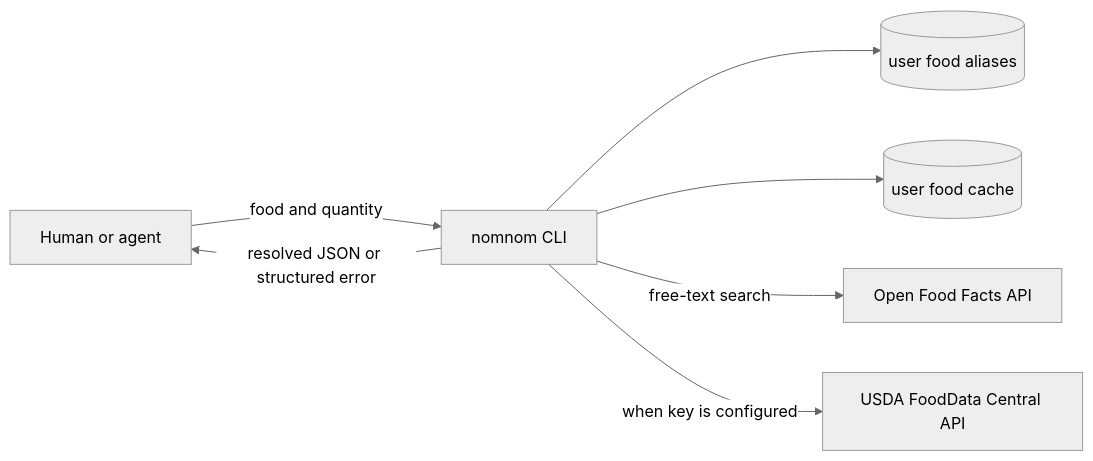
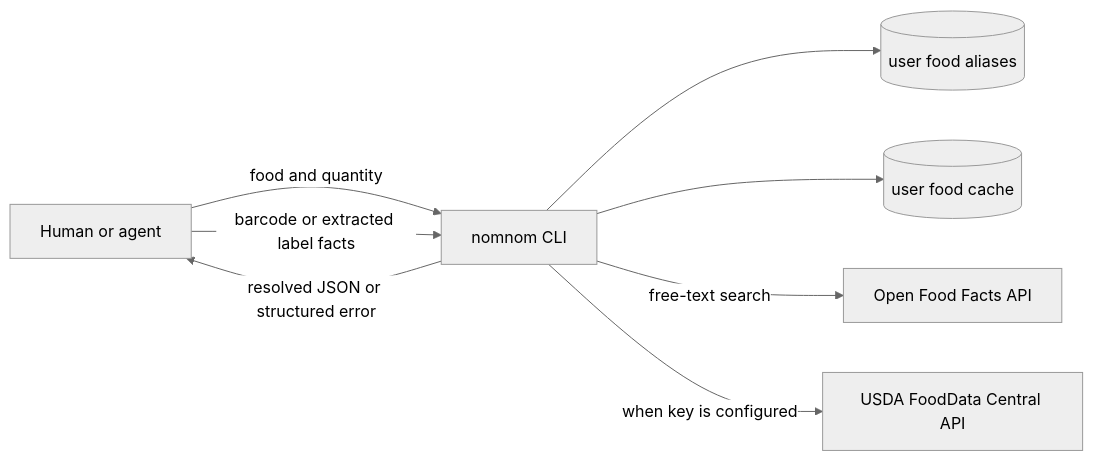
The diagram in README.md (maxjustships/nomnomcli), drawn with Mermaid (neutral theme) before and after one commit. The commit also changed other lines of this file and 19 other files, not shown here.

````diff
--- a/README.md
+++ b/README.md
@@ -13,9 +13,10 @@
 ```mermaid
 flowchart LR
     A[Human or agent] -->|food and quantity| N[nomnom CLI]
     N --> L[(user food aliases)]
     N --> C[(user food cache)]
     N -->|free-text search| O[Open Food Facts API]
     N -->|when key is configured| U[USDA FoodData Central API]
+    A -->|barcode or extracted label facts| N
     N -->|resolved JSON or structured error| A
 ```
````
